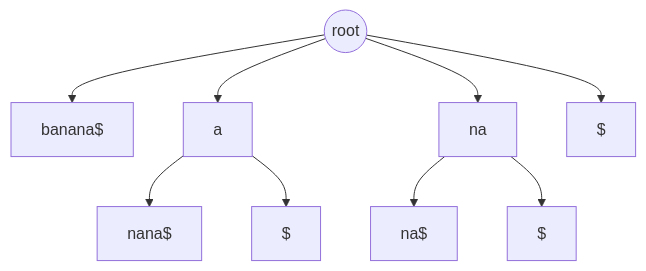
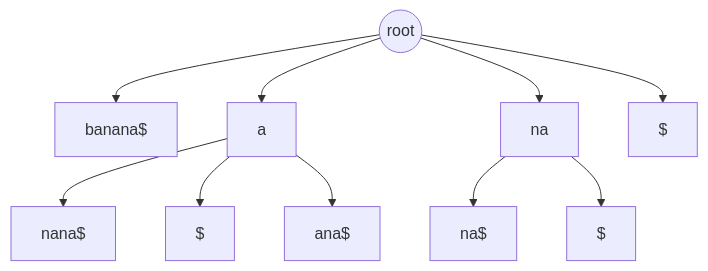
Before and after one commit to chenghui03/chenghui03.github.io: the second of 3 diagrams in content/reads mapping.md, drawn with Mermaid. The commit also changed other lines of this file, not shown here.

````diff
--- a/content/reads mapping.md
+++ b/content/reads mapping.md
@@ -114,11 +121,12 @@
 ```mermaid
 graph TD
     root((root)) --> b[banana$]
     root --> a[a]
     a --> na[nana$]
     a --> empty[$]
+    a --> ana$
     root --> n[na]
     n --> na2[na$]
     n --> empty2[$]
     root --> d[$]
 ```
````
